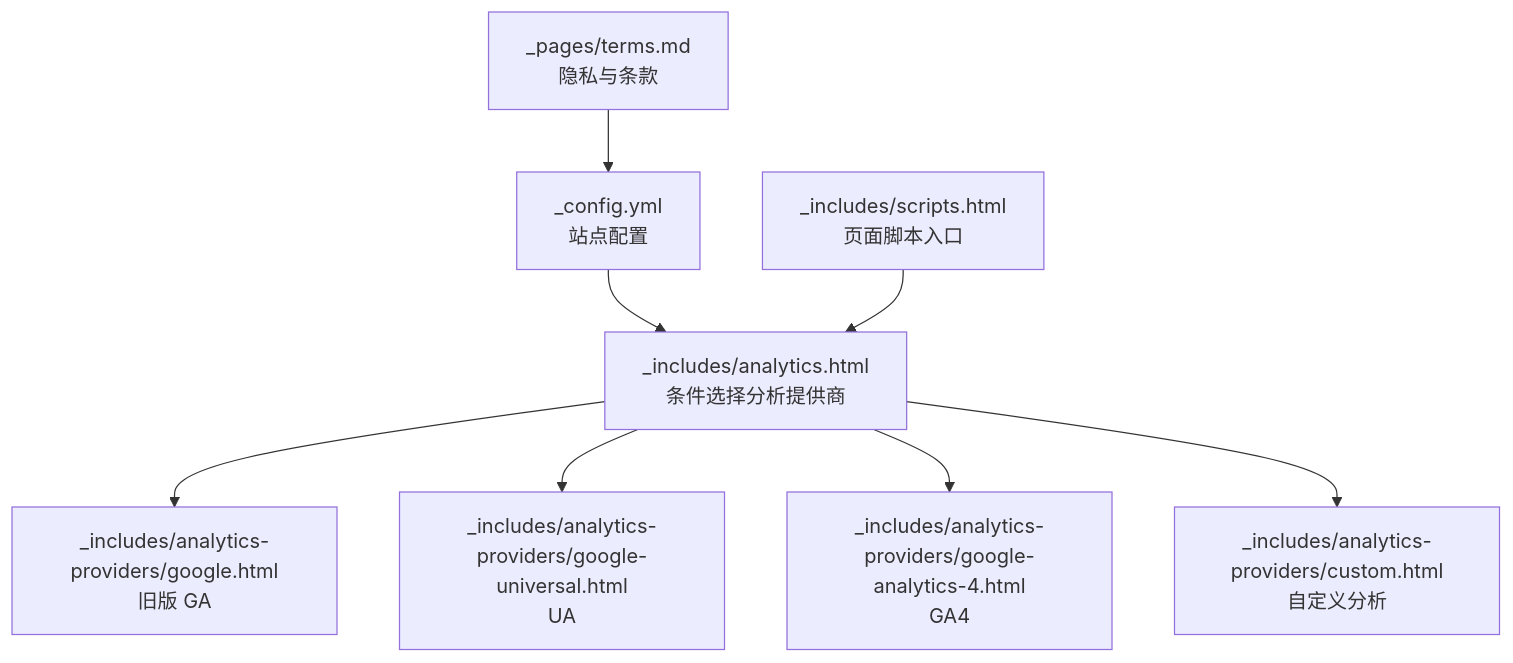
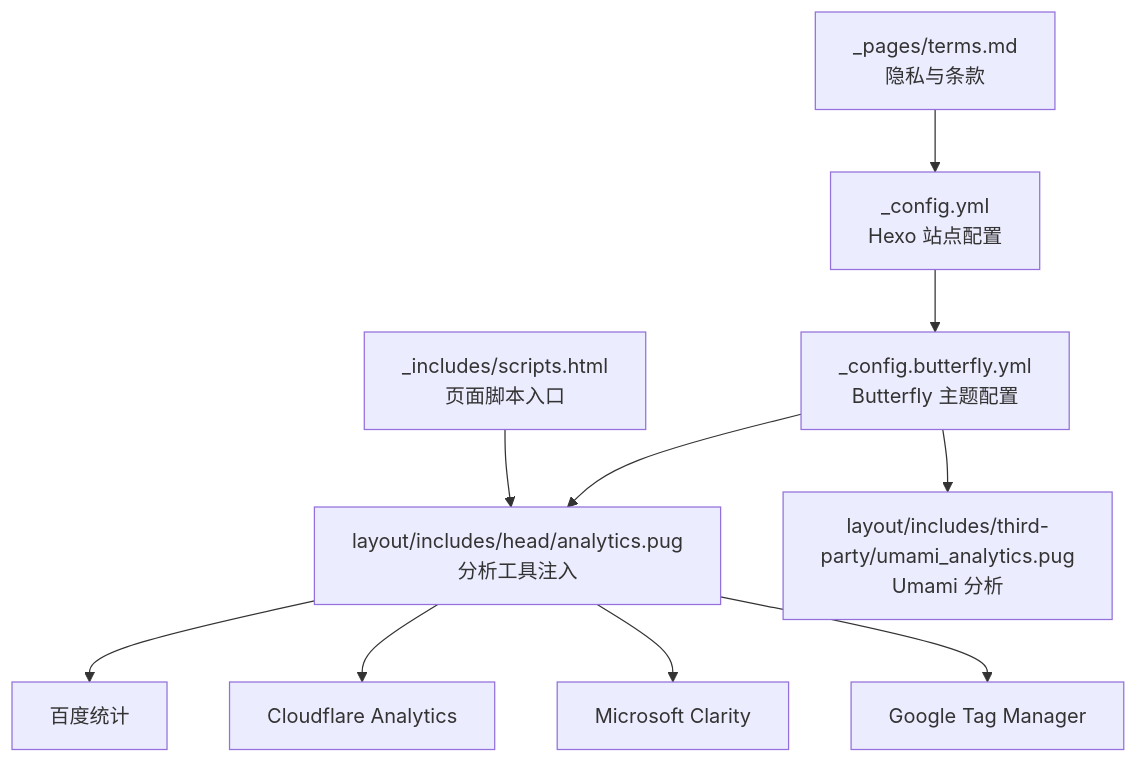
One commit to CoolPig0720/CoolPig0720.github.io changed the first of 3 diagrams in .qoder/repowiki/zh/content/社交和集成功能/分析工具配置.md. Above: the diagram before and after it, drawn with Mermaid. The commit also changed other lines of this file and 36 other files, not shown here.

````diff
--- a/.qoder/repowiki/zh/content/社交和集成功能/分析工具配置.md
+++ b/.qoder/repowiki/zh/content/社交和集成功能/分析工具配置.md
@@ -45,10 +51,12 @@
 ```mermaid
 graph TB
-cfg["_config.yml<br/>站点配置"] --> inc_analy["_includes/analytics.html<br/>条件选择分析提供商"]
-inc_analy --> prov_ga_old["_includes/analytics-providers/google.html<br/>旧版 GA"]
-inc_analy --> prov_ga_uni["_includes/analytics-providers/google-universal.html<br/>UA"]
-inc_analy --> prov_ga4["_includes/analytics-providers/google-analytics-4.html<br/>GA4"]
-inc_analy --> prov_custom["_includes/analytics-providers/custom.html<br/>自定义分析"]
+cfg["_config.yml<br/>Hexo 站点配置"] --> theme_cfg["_config.butterfly.yml<br/>Butterfly 主题配置"]
+theme_cfg --> inc_analy["layout/includes/head/analytics.pug<br/>分析工具注入"]
+theme_cfg --> umami_analy["layout/includes/third-party/umami_analytics.pug<br/>Umami 分析"]
+inc_analy --> prov_baidu["百度统计"]
+inc_analy --> prov_cf["Cloudflare Analytics"]
+inc_analy --> prov_mc["Microsoft Clarity"]
+inc_analy --> prov_gtm["Google Tag Manager"]
 scripts["_includes/scripts.html<br/>页面脚本入口"] --> inc_analy
 terms["_pages/terms.md<br/>隐私与条款"] --> cfg
 ```
````
